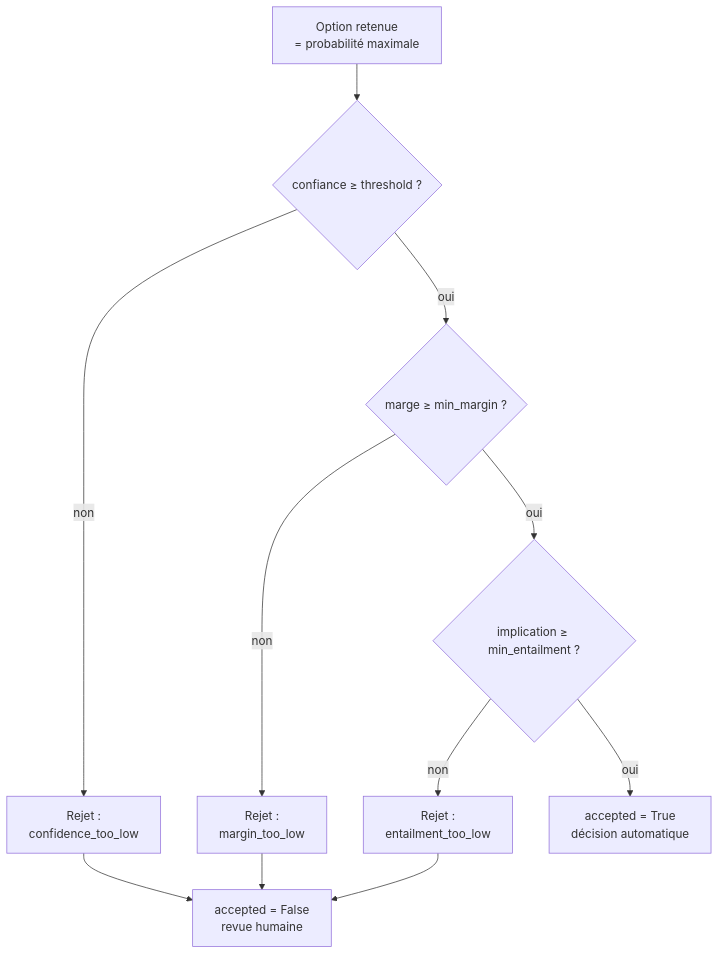
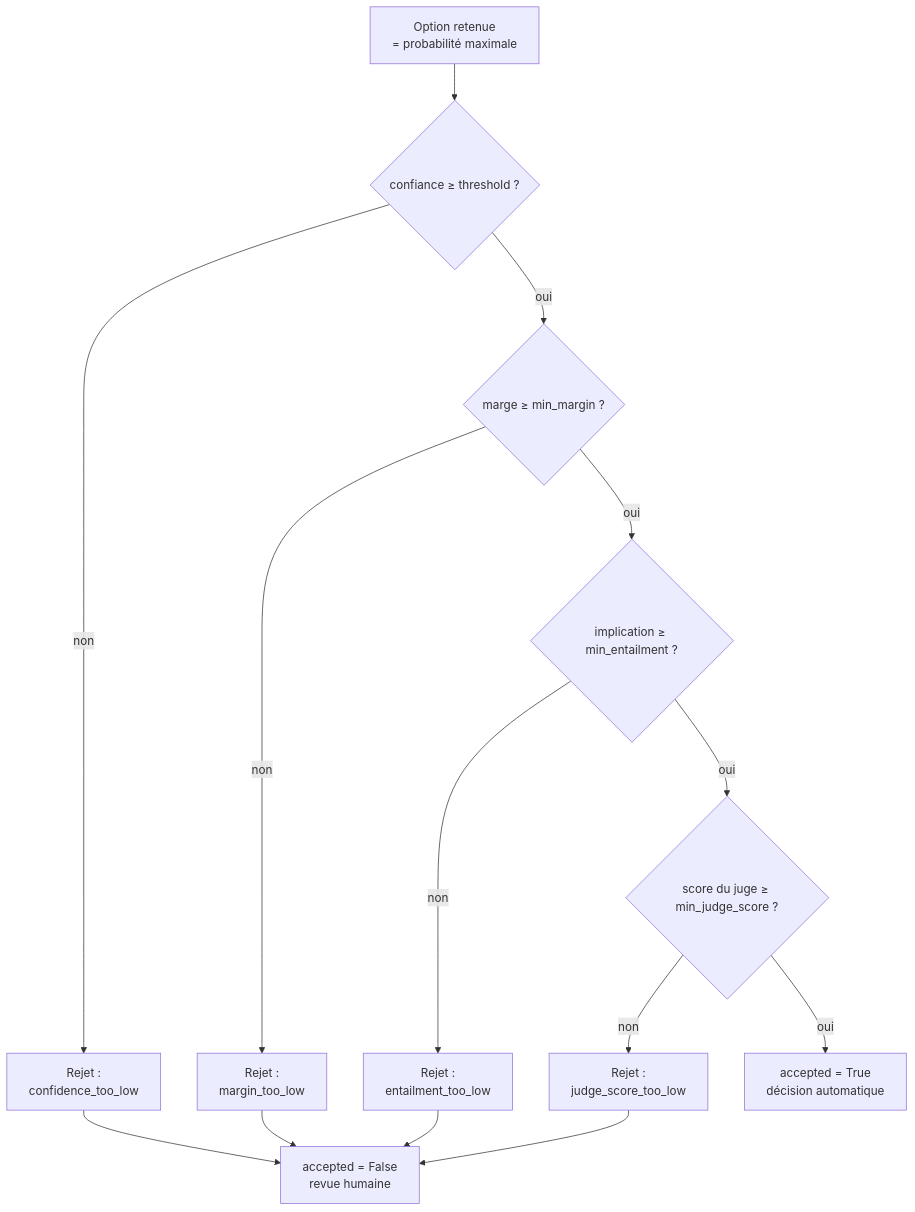
One commit to polymorfis/krito changed the third of 5 diagrams in docs/architecture.md. Above: the diagram before and after it, drawn with Mermaid. The commit also changed other lines of this file and 30 other files, not shown here.

First line of the commit message:
Ajoute lots, oui/non, échelle, calibration, juge et mode supervisé (v0.3)

````diff
--- a/docs/architecture.md
+++ b/docs/architecture.md
@@ -96,11 +111,13 @@
 ```mermaid
 flowchart TD
     A[Option retenue<br/>= probabilité maximale] --> B{confiance ≥ threshold ?}
     B -- non --> R[Rejet :<br/>confidence_too_low]
     B -- oui --> C{marge ≥ min_margin ?}
     C -- non --> R2[Rejet :<br/>margin_too_low]
     C -- oui --> D{implication ≥ min_entailment ?}
     D -- non --> R3[Rejet :<br/>entailment_too_low]
-    D -- oui --> OK[accepted = True<br/>décision automatique]
-    R & R2 & R3 --> H[accepted = False<br/>revue humaine]
+    D -- oui --> J{score du juge ≥ min_judge_score ?}
+    J -- non --> R4[Rejet :<br/>judge_score_too_low]
+    J -- oui --> OK[accepted = True<br/>décision automatique]
+    R & R2 & R3 & R4 --> H[accepted = False<br/>revue humaine]
 ```
````
